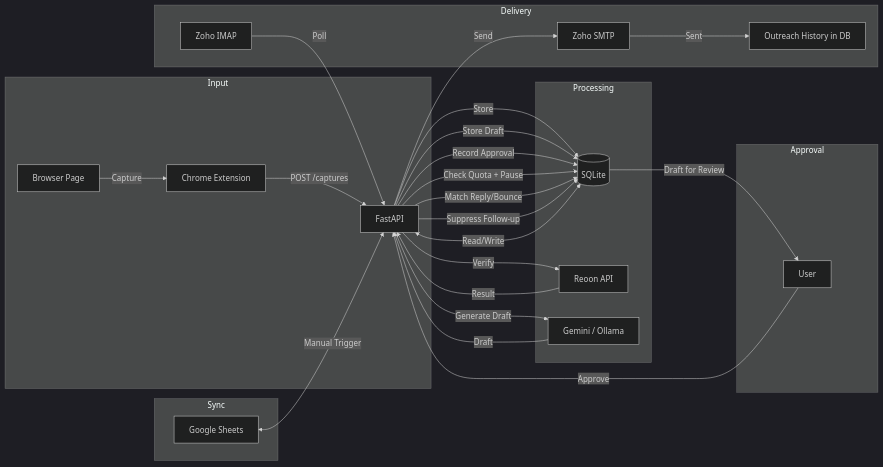
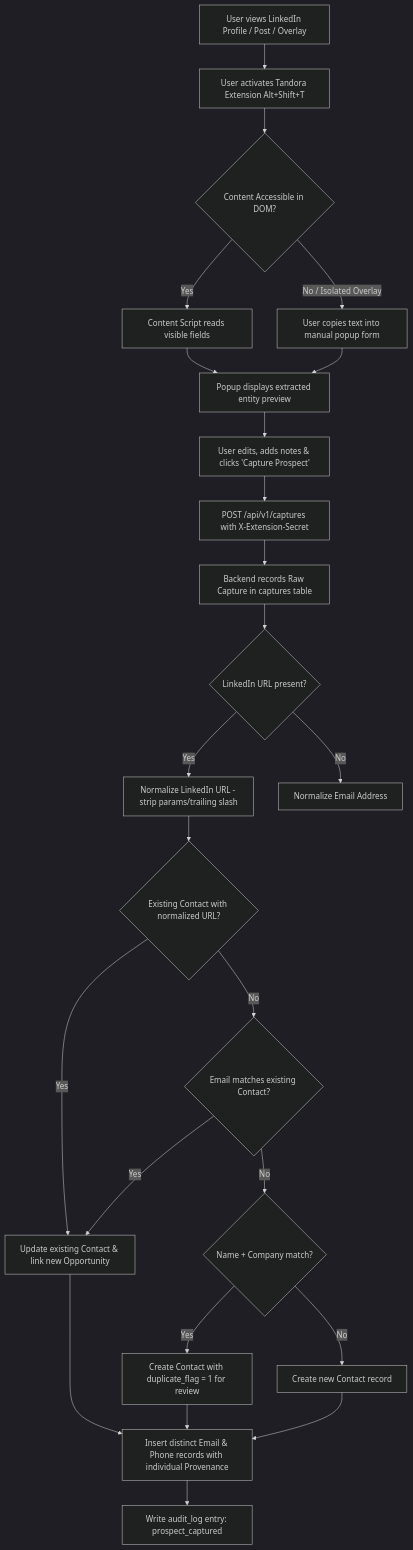
Before and after one commit to Devzane/Tandora: the second of 3 diagrams in docs/ARCHITECTURE.md, drawn with Mermaid (dark theme). The commit also changed other lines of this file, not shown here.

Commit message:
docs(arch): update architecture with local web UI, send attempts, and approval hashing

````diff
--- a/docs/ARCHITECTURE.md
+++ b/docs/ARCHITECTURE.md
@@ -252,36 +226,26 @@
 ```mermaid
-flowchart LR
-    subgraph Input
-        A[Browser Page] -->|Capture| B[Chrome Extension]
-        B -->|POST /captures| C[FastAPI]
-    end
-
-    subgraph Processing
-        C -->|Store| D[(SQLite)]
-        C -->|Verify| E[Reoon API]
-        E -->|Result| C
-        C -->|Generate Draft| F[Gemini / Ollama]
-        F -->|Draft| C
-        C -->|Store Draft| D
-    end
-
-    subgraph Approval
-        D -->|Draft for Review| G[User]
-        G -->|Approve| C
-        C -->|Record Approval| D
-    end
-
-    subgraph Delivery
-        C -->|Check Quota + Pause| D
-        C -->|Send| H[Zoho SMTP]
-        H -->|Sent| I[Outreach History in DB]
-        J[Zoho IMAP] -->|Poll| C
-        C -->|Match Reply/Bounce| D
-        C -->|Suppress Follow-up| D
-    end
-
-    subgraph Sync
-        K[Google Sheets] <-->|Manual Trigger| C
-        C <-->|Read/Write| D
-    end
+flowchart TD
+    A[User views LinkedIn Profile / Post / Overlay] --> B[User activates Tandora Extension Alt+Shift+T]
+    B --> C{Content Accessible in DOM?}
+    C -->|Yes| D[Content Script reads visible fields]
+    C -->|No / Isolated Overlay| E[User copies text into manual popup form]
+    D --> F[Popup displays extracted entity preview]
+    E --> F
+    F --> G[User edits, adds notes & clicks 'Capture Prospect']
+    G --> H[POST /api/v1/captures with X-Extension-Secret]
+    H --> I[Backend records Raw Capture in captures table]
+    I --> J{LinkedIn URL present?}
+    J -->|Yes| K[Normalize LinkedIn URL - strip params/trailing slash]
+    J -->|No| L[Normalize Email Address]
+    K --> M{Existing Contact with normalized URL?}
+    M -->|Yes| N[Update existing Contact & link new Opportunity]
+    M -->|No| O{Email matches existing Contact?}
+    O -->|Yes| N
+    O -->|No| P{Name + Company match?}
+    P -->|Yes| Q[Create Contact with duplicate_flag = 1 for review]
+    P -->|No| R[Create new Contact record]
+    N --> S[Insert distinct Email & Phone records with individual Provenance]
+    Q --> S
+    R --> S
+    S --> T[Write audit_log entry: prospect_captured]
 ```
````
